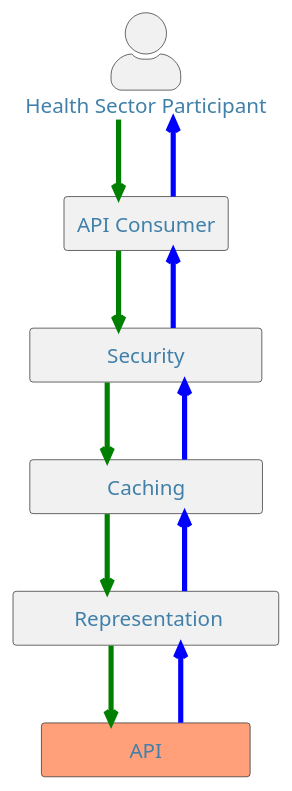
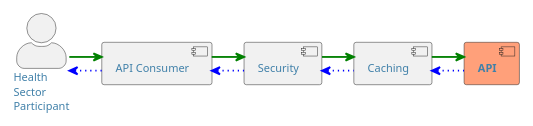
The second of 2 diagrams in docs/api-development/02-API Design.md (tewhatuora/api-standards), drawn with PlantUML before and after one commit. The commit also changed other lines of this file and 3 other files, not shown here.

````diff
--- a/docs/api-development/02-API Design.md
+++ b/docs/api-development/02-API Design.md
@@ -222,40 +199,38 @@
-```plantuml alt="PlantUML diagram describing the API representation layer"
+```plantuml alt="PlantUML diagram of API layering"
+
 @startuml
+
+scale max 400 width
+'left to right direction
+
 skinparam {
+    arrowThickness 2
+    arrowColor #Green
     defaultFontColor #4080a9
     defaultBackgroundColor #d7f8ff
-    defaultComponentColour #61d9de
+    defaultComponentColour #GhostWhite
     defaultActorColour #61d9de
-    defaultFontSize 16
-    defaultArrowThickness 6
+    defaultFontSize 12
     actorStyle awesome
     linetype ortho
-    minRectangleWidth 1000
+    minRectangleWidth 100
 }
-actor "Health Sector Participant" as Consumer
-rectangle "API Consumer" as ConsumingApplication {
+actor "Health\nSector\nParticipant" as Consumer
+component "API Consumer" as APIC
+component "Security" as S
+component "Caching" as C
+component "**API**" as API #LightSalmon
 
-}
-rectangle "            Security            " as S {
-}
-rectangle "            Caching            " as C{
-}
-rectangle "         Representation        " as Representation{
-}
-rectangle "              API              " as API #LightSalmon{
-}
-Consumer -[#green,thickness=4]down-> ConsumingApplication
-ConsumingApplication -[#green,thickness=4]down-> S
-S -[#green,thickness=4]down-> C
-C -[#green,thickness=4]down-> Representation
-Representation -[#green,thickness=4]down-> API
+Consumer -r-> APIC
+APIC -r-> S
+S -r-> C
+C -r-> API
 
-API -[#blue,thickness=4]up-> Representation
-Representation -[#blue,thickness=4]up-> C
-C -[#blue,thickness=4]up-> S
-S -[#blue,thickness=4]up-> ConsumingApplication
-ConsumingApplication -[#blue,thickness=4]up-> Consumer
+API -[#blue,dotted]l-> C
+C -[#blue,dotted]l-> S
+S -[#blue,dotted]l-> APIC
+APIC -[#blue,dotted]l-> Consumer
 
 @enduml
 
 ```
````
